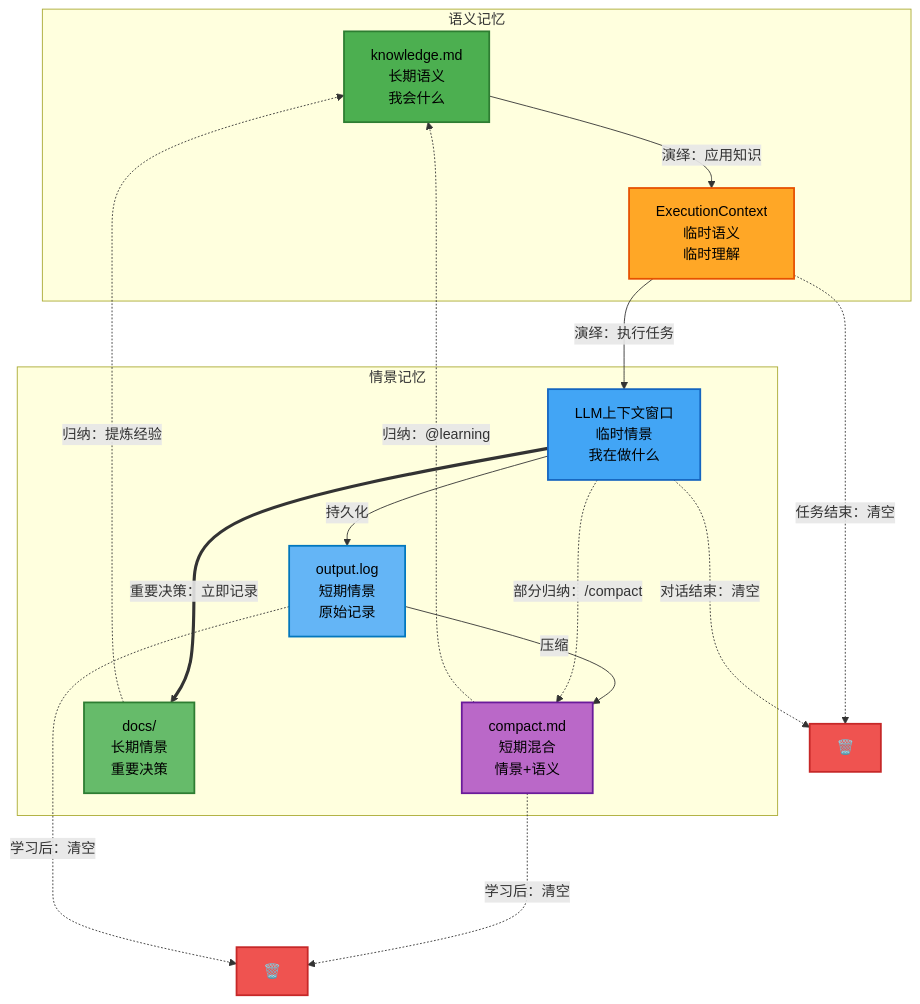
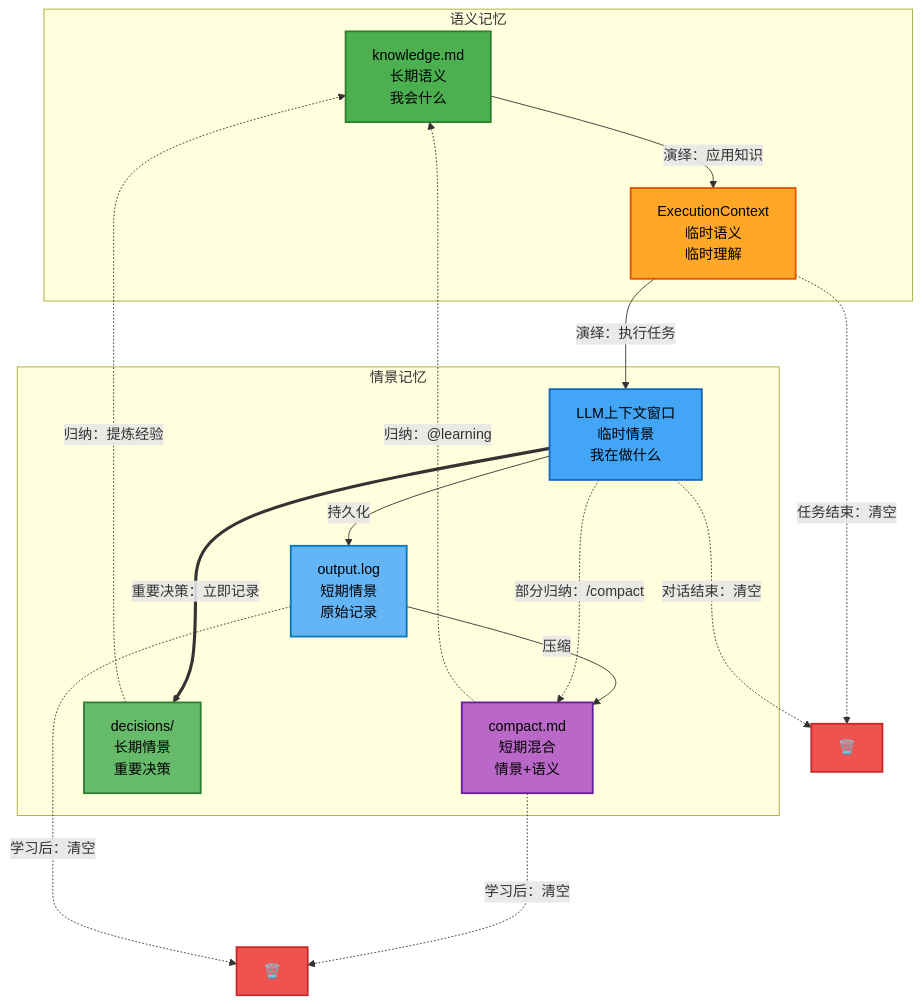
One commit to guci314/mda changed the diagram in pim-compiler/react_is_all_you_need/doc_for_human/智能体记忆的二维模型.md. Above: the diagram before and after it, drawn with Mermaid. The commit also changed other lines of this file and 5 other files, not shown here.

````diff
--- a/pim-compiler/react_is_all_you_need/doc_for_human/智能体记忆的二维模型.md
+++ b/pim-compiler/react_is_all_you_need/doc_for_human/智能体记忆的二维模型.md
@@ -34,43 +34,43 @@
 ```mermaid
 graph TB
     subgraph 语义记忆
         K["knowledge.md<br/>长期语义<br/>我会什么"]
         EC["ExecutionContext<br/>临时语义<br/>临时理解"]
     end
 
     subgraph 情景记忆
         LLM["LLM上下文窗口<br/>临时情景<br/>我在做什么"]
         OUT["output.log<br/>短期情景<br/>原始记录"]
         CM["compact.md<br/>短期混合<br/>情景+语义"]
-        DOCS["docs/<br/>长期情景<br/>重要决策"]
+        DOCS["decisions/<br/>长期情景<br/>重要决策"]
     end
 
     %% 演绎流程（语义→情景）
     K -->|"演绎：应用知识"| EC
     EC -->|"演绎：执行任务"| LLM
     LLM -->|持久化| OUT
     OUT -->|压缩| CM
 
     %% 归纳流程（情景→语义）
     LLM -..->|"部分归纳：/compact"| CM
     CM -..->|"归纳：@learning"| K
     DOCS -..->|"归纳：提炼经验"| K
 
     %% 重要决策直接记录
     LLM ===>|"重要决策：立即记录"| DOCS
 
     %% 清理
     CM -..->|"学习后：清空"| X1["🗑️"]
     OUT -..->|"学习后：清空"| X1
     LLM -..->|"对话结束：清空"| X2["🗑️"]
     EC -..->|"任务结束：清空"| X2
 
     style K fill:#4CAF50,stroke:#2E7D32,stroke-width:2px,color:#000
     style EC fill:#FFA726,stroke:#E65100,stroke-width:2px,color:#000
     style LLM fill:#42A5F5,stroke:#1565C0,stroke-width:2px,color:#000
     style OUT fill:#64B5F6,stroke:#0277BD,stroke-width:2px,color:#000
     style CM fill:#BA68C8,stroke:#6A1B9A,stroke-width:2px,color:#000
     style DOCS fill:#66BB6A,stroke:#2E7D32,stroke-width:2px,color:#000
     style X1 fill:#EF5350,stroke:#C62828,stroke-width:2px,color:#000
     style X2 fill:#EF5350,stroke:#C62828,stroke-width:2px,color:#000
 ```
````
